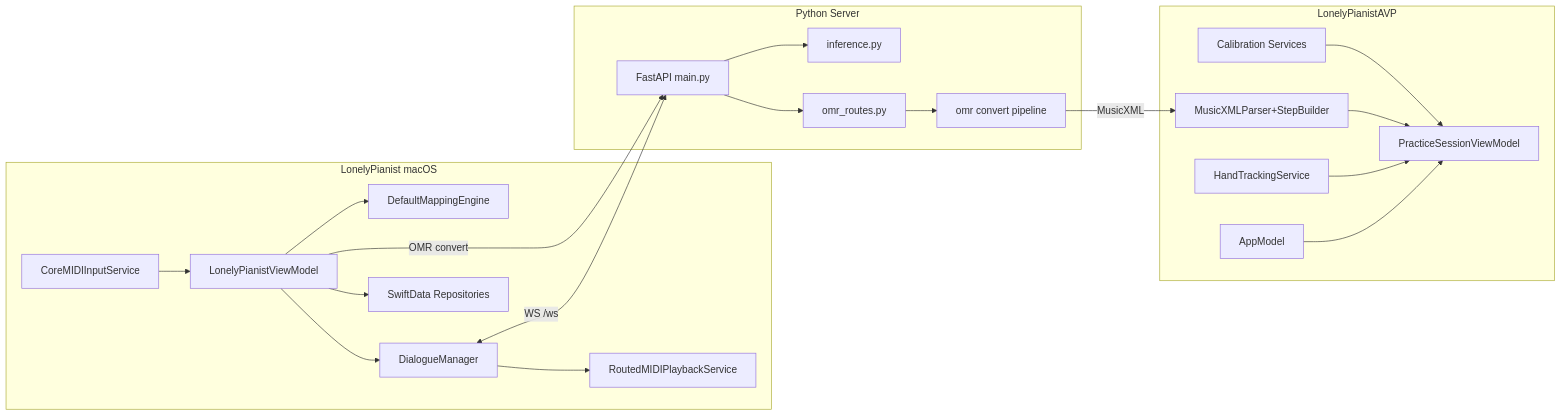
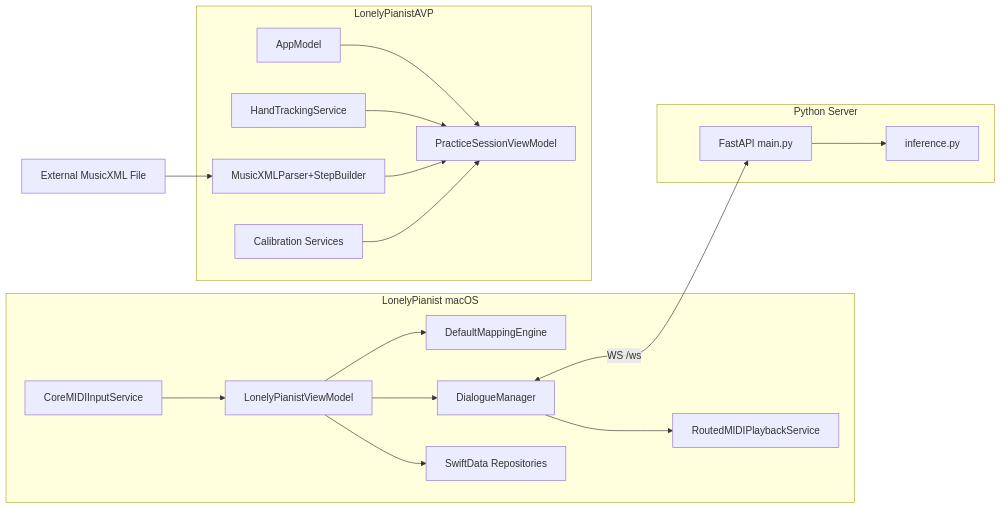
Before and after one commit to chiimagnus/LonelyPianist: the diagram in .github/deepwiki/architecture.md, drawn with Mermaid. The commit also changed other lines of this file and 24 other files, not shown here.

````diff
--- a/.github/deepwiki/architecture.md
+++ b/.github/deepwiki/architecture.md
@@ -41,31 +37,26 @@
 ```mermaid
 flowchart LR
   subgraph macOS[LonelyPianist macOS]
     A1[CoreMIDIInputService] --> A2[LonelyPianistViewModel]
     A2 --> A3[DefaultMappingEngine]
     A2 --> A4[DialogueManager]
     A2 --> A5[SwiftData Repositories]
     A4 --> A6[RoutedMIDIPlaybackService]
   end
 
   subgraph PY[Python Server]
     P1[FastAPI main.py]
     P2[inference.py]
-    P3[omr_routes.py]
-    P4[omr convert pipeline]
     P1 --> P2
-    P1 --> P3
-    P3 --> P4
   end
 
   subgraph AVP[LonelyPianistAVP]
     V1[AppModel] --> V2[PracticeSessionViewModel]
     V3[HandTrackingService] --> V2
     V4[MusicXMLParser+StepBuilder] --> V2
     V5[Calibration Services] --> V2
   end
 
   A4 <-->|WS /ws| P1
-  A2 -->|OMR convert| P1
-  P4 -->|MusicXML| V4
+  E1[External MusicXML File] --> V4
 ```
````
